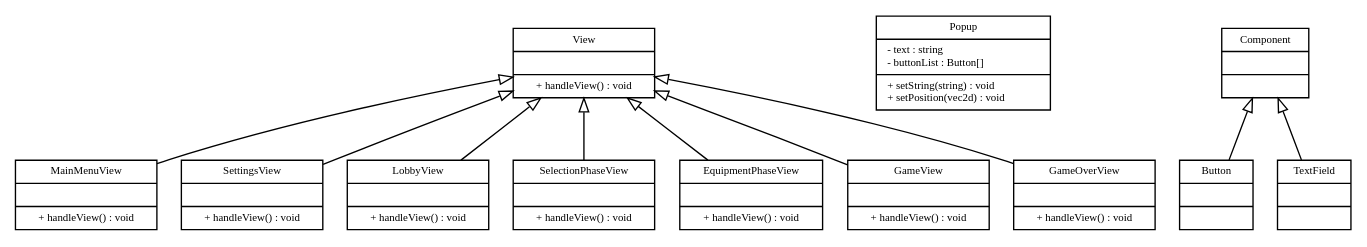
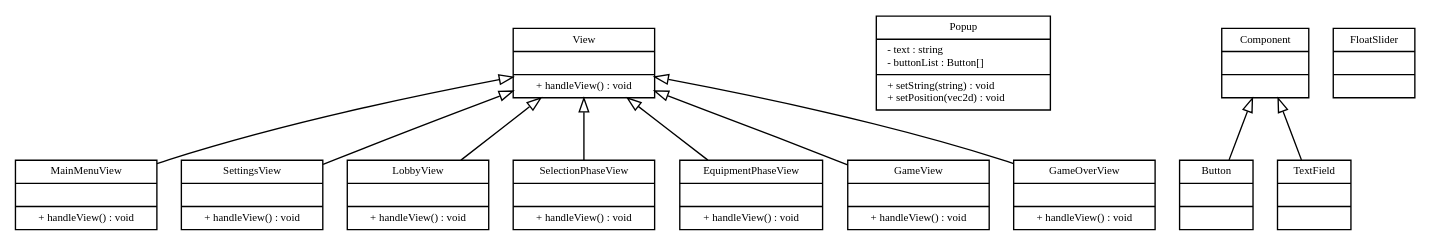
One commit to SoPra-Team-17/Meilensteine changed the diagram in Meilenstein06/view_overview.dot. Above: the diagram before and after it, drawn with Graphviz.

Commit message:
added floatslider

```diff
--- a/Meilenstein06/view_overview.dot
+++ b/Meilenstein06/view_overview.dot
@@ -1,126 +1,132 @@
 digraph G{
 
     /* sollte wieder mit flatten compiled werden, damit dass etwas besser aussieht */
     /* ToDo: sinnvolle Attribute und Funktionen für die Views */
+    /* wie wird das HUD dargestellt? */
 
     fontname = "Bitstream Vera Sans"
     fontsize = 8
 
     node [
         fontname = "Bitstream Vera Sans"
         fontsize = 8
         shape = "record"
     ]
 
     edge [
         fontname = "Bitstream Vera Sans"
         fontsize = 8
         arrowhead = "onormal"
         labeldistance = 1.5
     ]
 
 
     View [
         label = "{View||+ handleView() : void}"
     ]
 
     MainMenuView [
         label = "{MainMenuView||+ handleView() : void}"
     ]
 
     SettingsView [
         label = "{SettingsView||+ handleView() : void}"
     ]
 
     LobbyView [
         label = "{LobbyView||+ handleView() : void}"
     ]
 
     SelectionPhaseView [
         label = "{SelectionPhaseView||+ handleView() : void}"
     ]
 
     EquipmentPhaseView [
         label = "{EquipmentPhaseView||+ handleView() : void}"
     ]
 
     GameView [
         label = "{GameView||+ handleView() : void}"
     ]
 
     GameOverView [
         label = "{GameOverView||+ handleView() : void}"
     ]
 
     Popup [
         label = "{Popup|
             - text : string\l
             - buttonList : Button[]\l
             |
             + setString(string) : void\l
             + setPosition(vec2d) : void\l
             }"
     ]
         
     Component [
         label = "{Component||}"
     ]
 
     Button [
         label = "{Button||}"
     ]
 
     TextField [
         label = "{TextField||}"
     ]
+    
+    FloatSlider [
+        label = "{FloatSlider||}"
+    ]
+
 
 
     //Aggregations
     edge [
         arrowhead = "odiamond"
     ]
 
     //Compositions
     edge [
         arrowhead = "diamond"
         dir = "back"
         arrowtail = "empty"
     ]
 
     View -> MainMenuView
     View -> LobbyView
     View -> GameOverView
     View -> GameView
     View -> SettingsView
     View -> EquipmentPhaseView
     View -> SelectionPhaseView
 
     Component -> Button
     Component -> TextField
     //Normal arrows
     edge [
         arrowhead = "vee"
     ]
 
 
 
 
 
 
 
 
 
 
 
 
 
 
 
 
 
 
 
 
 
 
 }
```
